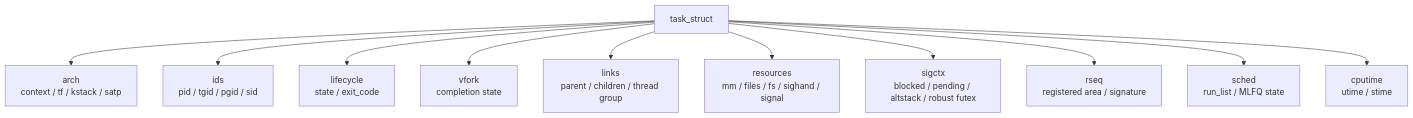
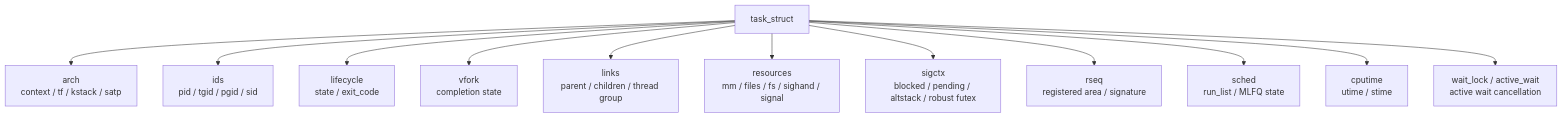
One commit to pillow-zx/nuvix changed the first of 4 diagrams in docs/architecture/task.md. Above: the diagram before and after it, drawn with Mermaid. The commit also changed other lines of this file and 17 other files, not shown here.

````diff
--- a/docs/architecture/task.md
+++ b/docs/architecture/task.md
@@ -9,25 +9,27 @@
 ```mermaid
 flowchart TB
     Task["task_struct"]
     Arch["arch<br/>context / tf / kstack / satp"]
     IDs["ids<br/>pid / tgid / pgid / sid"]
     Life["lifecycle<br/>state / exit_code"]
     Vfork["vfork<br/>completion state"]
     Links["links<br/>parent / children / thread group"]
     Res["resources<br/>mm / files / fs / sighand / signal"]
     Sig["sigctx<br/>blocked / pending / altstack / robust futex"]
     Rseq["rseq<br/>registered area / signature"]
     Sched["sched<br/>run_list / MLFQ state"]
     Time["cputime<br/>utime / stime"]
+    Wait["wait_lock / active_wait<br/>active wait cancellation"]
 
     Task --> Arch
     Task --> IDs
     Task --> Life
     Task --> Vfork
     Task --> Links
     Task --> Res
     Task --> Sig
     Task --> Rseq
     Task --> Sched
     Task --> Time
+    Task --> Wait
 ```
````
